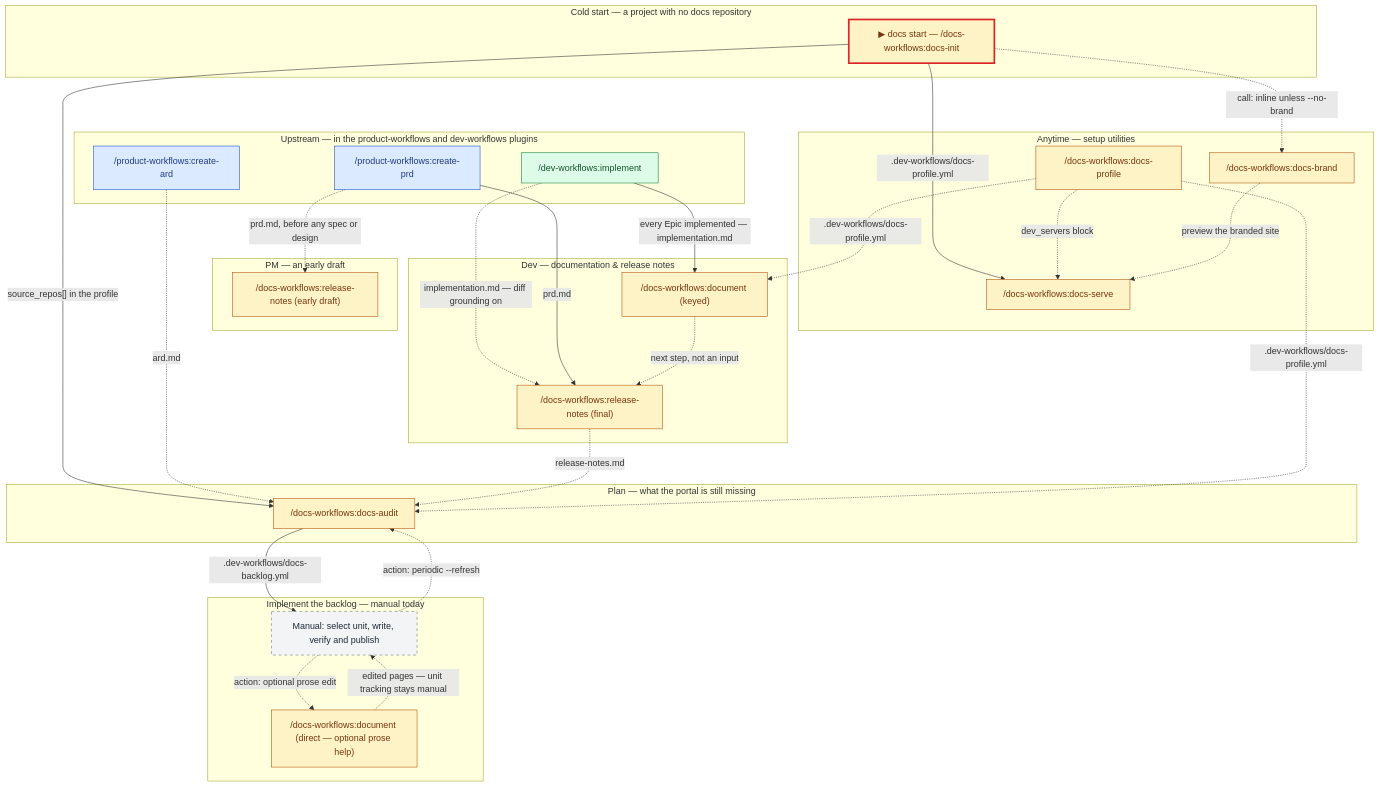
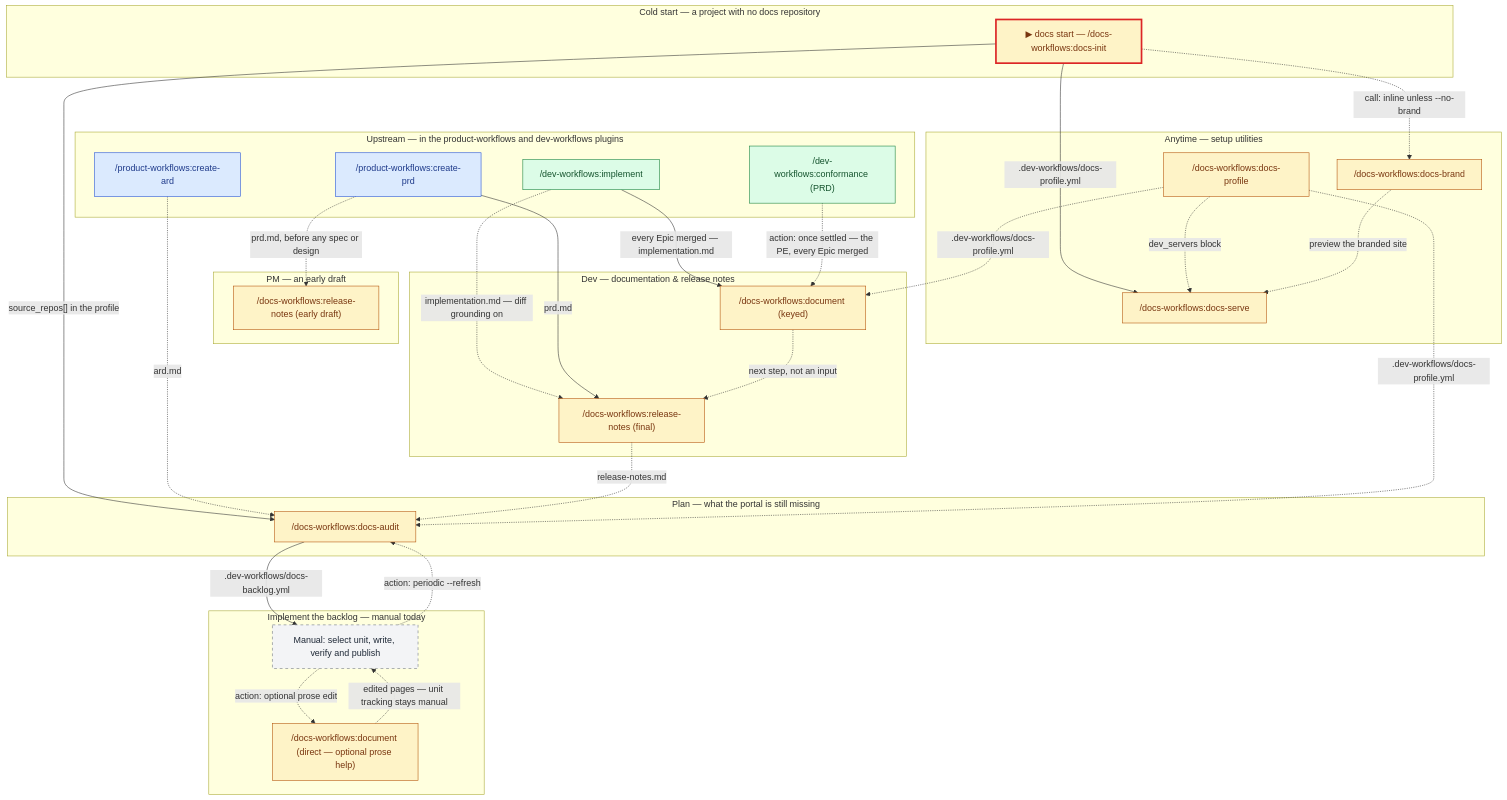
One commit to ihudak/ai-workflows changed the diagram in plugins/docs-workflows/docs/workflow.md. Above: the diagram before and after it, drawn with Mermaid. The commit also changed other lines of this file and 47 other files, not shown here.

First line of the commit message:
fix: B32 — the family's entry points: four diagrams draw /document after the PE's PRD conformance, the status-line cross-check and the run flags are documented, three getting-started pages install the status line, and check 29 holds each README's documentation table to every page

````diff
--- a/plugins/docs-workflows/docs/workflow.md
+++ b/plugins/docs-workflows/docs/workflow.md
@@ -5,56 +5,58 @@
 ```mermaid
 flowchart TD
     subgraph UP["Upstream — in the product-workflows and dev-workflows plugins"]
         implement["/dev-workflows:implement"]:::dev
+        conformanceprd["/dev-workflows:conformance (PRD)"]:::dev
         createprd["/product-workflows:create-prd"]:::prod
         createard["/product-workflows:create-ard"]:::prod
     end
     subgraph EARLY["PM — an early draft"]
         rnpm["/docs-workflows:release-notes (early draft)"]:::docs
     end
     subgraph DOCS["Dev — documentation & release notes"]
         document["/docs-workflows:document (keyed)"]:::docs
         rndev["/docs-workflows:release-notes (final)"]:::docs
     end
     subgraph COLD["Cold start — a project with no docs repository"]
         init["▶ docs start — /docs-workflows:docs-init"]:::docs
     end
     subgraph PLAN["Plan — what the portal is still missing"]
         audit["/docs-workflows:docs-audit"]:::docs
     end
     subgraph MANUAL["Implement the backlog — manual today"]
         units["Manual: select unit, write, verify and publish"]:::manual
         direct["/docs-workflows:document (direct — optional prose help)"]:::docs
     end
     subgraph SETUP["Anytime — setup utilities"]
         profile["/docs-workflows:docs-profile"]:::docs
         brand["/docs-workflows:docs-brand"]:::docs
         docsserve["/docs-workflows:docs-serve"]:::docs
     end
 
-    implement -->|every Epic implemented — implementation.md| document
+    implement -->|"every Epic merged — implementation.md"| document
+    conformanceprd -.->|"action: once settled — the PE, every Epic merged"| document
     implement -.->|implementation.md — diff grounding on| rndev
     createprd -.->|prd.md, before any spec or design| rnpm
     createprd -->|prd.md| rndev
     document -.->|next step, not an input| rndev
     init -.->|call: inline unless --no-brand| brand
     init -->|"source_repos[] in the profile"| audit
     createard -.->|ard.md| audit
     rndev -.->|release-notes.md| audit
     audit -->|.dev-workflows/docs-backlog.yml| units
     units -.->|action: optional prose edit| direct
     direct -.->|edited pages — unit tracking stays manual| units
     units -.->|action: periodic --refresh| audit
     init -->|.dev-workflows/docs-profile.yml| docsserve
     profile -.->|.dev-workflows/docs-profile.yml| document
     profile -.->|.dev-workflows/docs-profile.yml| audit
     profile -.->|dev_servers block| docsserve
     brand -.->|preview the branded site| docsserve
 
     classDef prod fill:#dbeafe,stroke:#1d4ed8,color:#1e3a8a
     classDef dev fill:#dcfce7,stroke:#15803d,color:#14532d
     classDef docs fill:#fef3c7,stroke:#b45309,color:#78350f
     classDef manual fill:#f3f4f6,stroke:#6b7280,color:#1f2937,stroke-dasharray:5 5
     classDef entry stroke:#dc2626,stroke-width:3px
     class init entry
 ```
````
